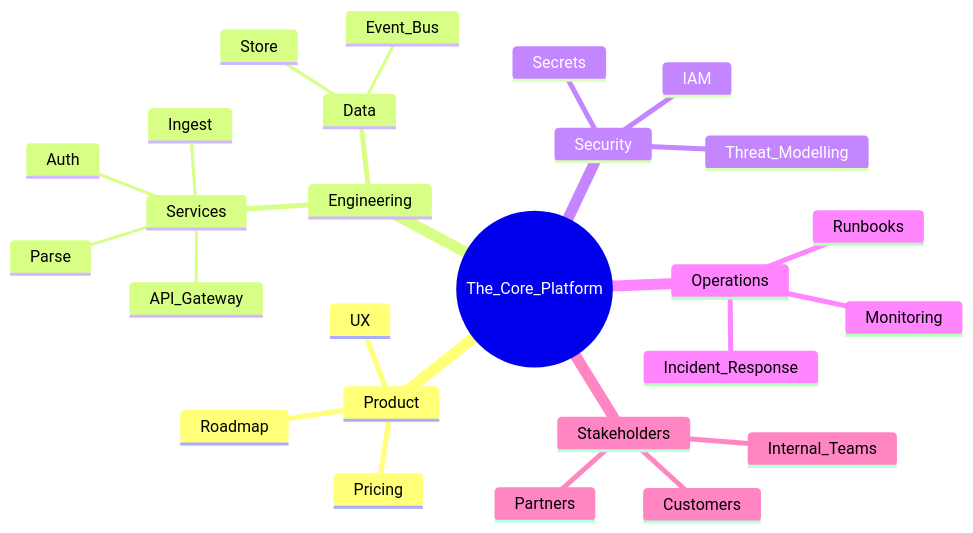
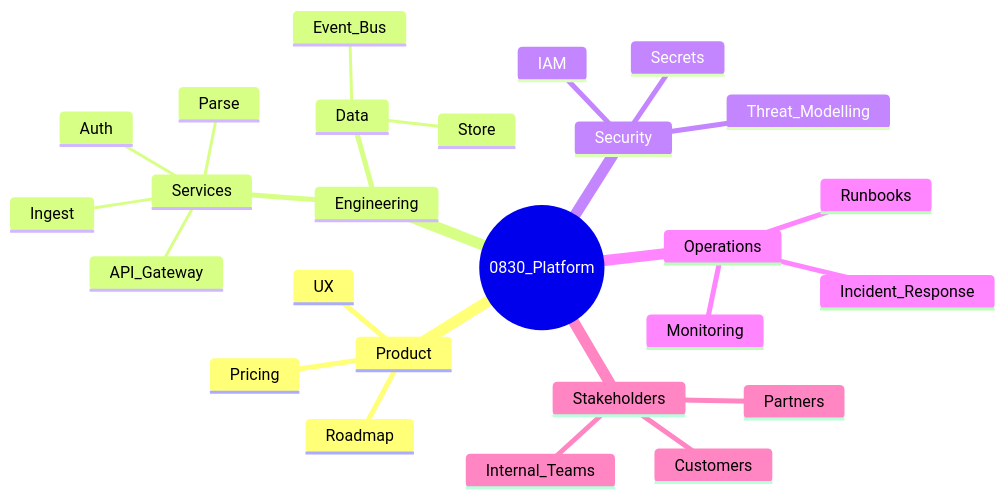
Before and after one commit to Beyondthemountain/RoboMermaid: the diagram in diagrams-src/PlatformMindMap.mmd, drawn with Mermaid.

Commit message:
Update PlatformMindMap.mmd
update with time stamp at core

```diff
--- a/diagrams-src/PlatformMindMap.mmd
+++ b/diagrams-src/PlatformMindMap.mmd
@@ -1,58 +1,58 @@
 mindmap
 %% Global (included in all views)
-  root((The_Core_Platform))
+  root((0830_Platform))
 
 %%@view:overview,product
     Product
 %%@view:product
       Roadmap
 %%@view:product
       UX
 %%@view:product
       Pricing
 
 %%@view:overview,engineering
     Engineering
 %%@view:engineering
       Services
 %%@view:engineering
         API_Gateway
 %%@view:engineering
         Auth
 %%@view:engineering
         Ingest
 %%@view:engineering
         Parse
 %%@view:engineering
       Data
 %%@view:engineering
         Store
 %%@view:engineering
         Event_Bus
 
 %%@view:overview,security
     Security
 %%@view:security
       IAM
 %%@view:security
       Secrets
 %%@view:security
       Threat_Modelling
 
 %%@view:overview,ops
     Operations
 %%@view:ops
       Monitoring
 %%@view:ops
       Incident_Response
 %%@view:ops
       Runbooks
 
 %%@view:overview,stakeholders
     Stakeholders
 %%@view:stakeholders
       Customers
 %%@view:stakeholders
       Partners
 %%@view:stakeholders
       Internal_Teams
```
